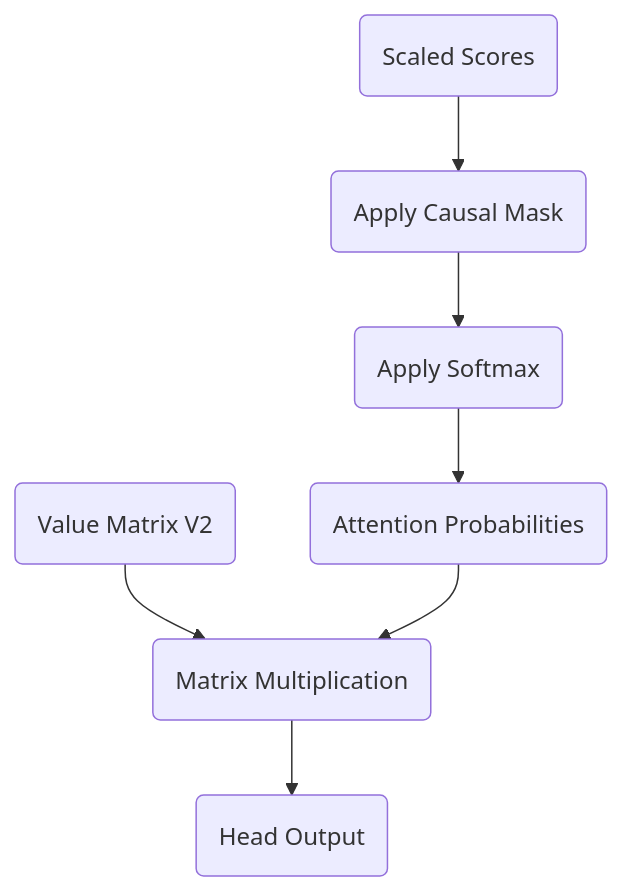
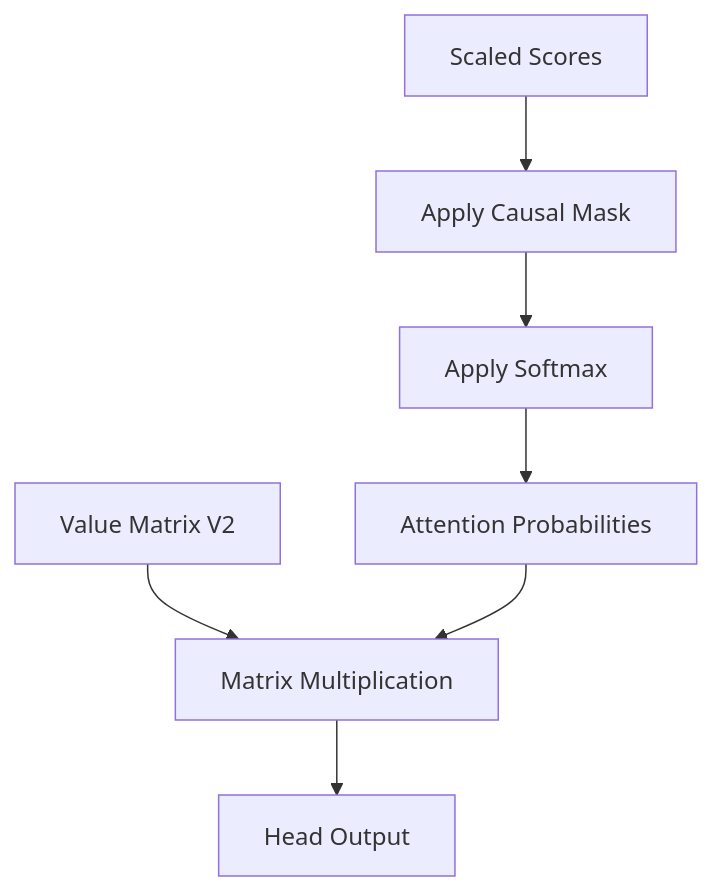
Before and after one commit to Lyd1aCla1r3/lyd1acla1r3.github.io: the diagram in blog/content/series/transformers/chapter_15.md, drawn with Mermaid. The commit also changed other lines of this file and 114 other files, not shown here.

````diff
--- a/blog/content/series/transformers/chapter_15.md
+++ b/blog/content/series/transformers/chapter_15.md
@@ -95,9 +174,9 @@
 ```mermaid
 graph TD
-    Scores(Scaled Scores) --> Mask(Apply Causal Mask)
-    Mask --> Softmax(Apply Softmax)
-    Softmax --> Probs(Attention Probabilities)
-    V(Value Matrix V2) --> Multiply(Matrix Multiplication)
+    Scores[Scaled Scores] --> Mask[Apply Causal Mask]
+    Mask --> Softmax[Apply Softmax]
+    Softmax --> Probs[Attention Probabilities]
+    V[Value Matrix V2] --> Multiply[Matrix Multiplication]
     Probs --> Multiply
-    Multiply --> Output(Head Output)
+    Multiply --> Output[Head Output]
 ```
````
